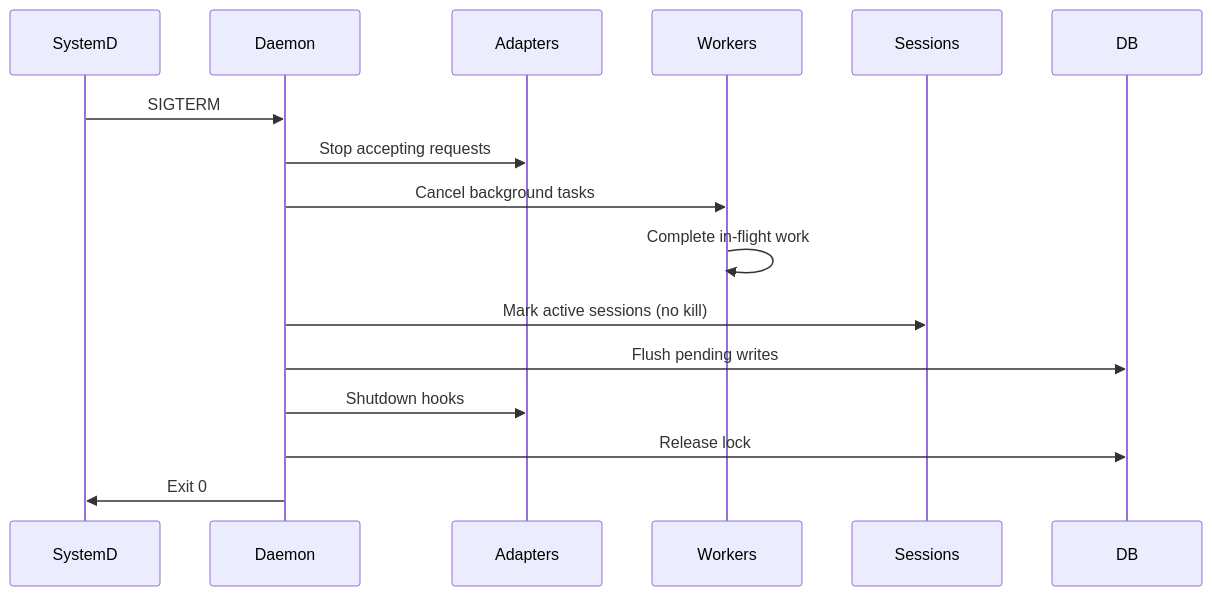
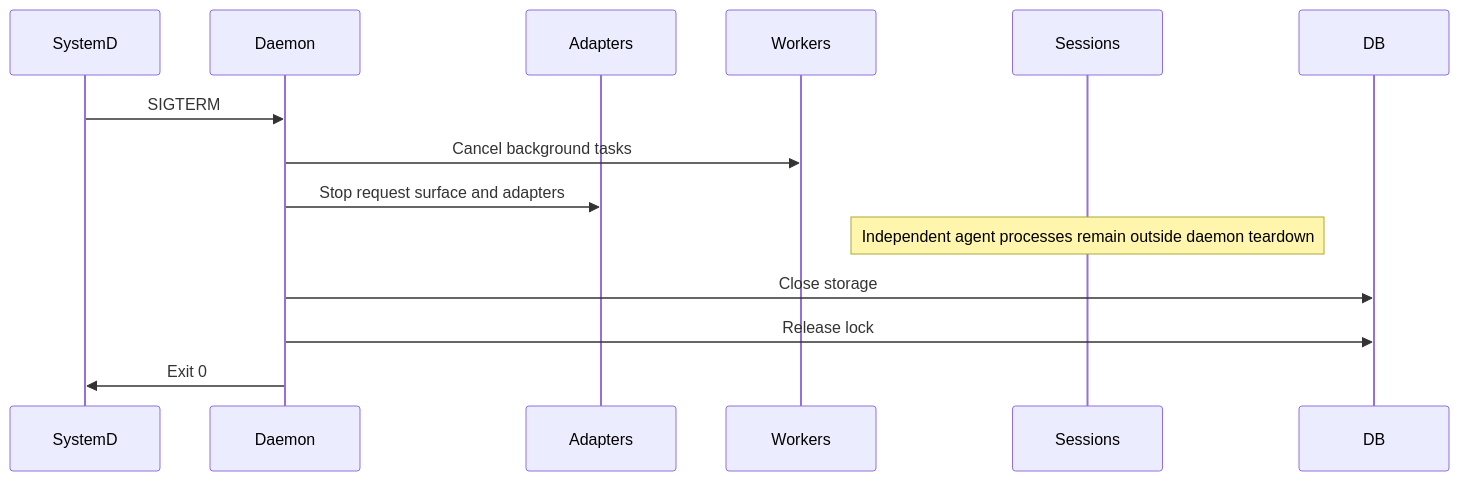
The fourth of 5 diagrams in docs/local/design/architecture/daemon.md (InstruktAI/TeleClaude), drawn with Mermaid before and after one commit. The commit also changed other lines of this file and 4 other files, not shown here.

First line of the commit message:
docs(runtime): define accepted-work settlement before daemon replacement [skip ci]

````diff
--- a/docs/local/design/architecture/daemon.md
+++ b/docs/local/design/architecture/daemon.md
@@ -134,19 +148,17 @@
 ```mermaid
 sequenceDiagram
     participant SystemD
     participant Daemon
     participant Adapters
     participant Workers
     participant Sessions
     participant DB
 
     SystemD->>Daemon: SIGTERM
-    Daemon->>Adapters: Stop accepting requests
     Daemon->>Workers: Cancel background tasks
-    Workers->>Workers: Complete in-flight work
-    Daemon->>Sessions: Mark active sessions (no kill)
-    Daemon->>DB: Flush pending writes
-    Daemon->>Adapters: Shutdown hooks
+    Daemon->>Adapters: Stop request surface and adapters
+    Note over Sessions: Independent agent processes remain outside daemon teardown
+    Daemon->>DB: Close storage
     Daemon->>DB: Release lock
     Daemon->>SystemD: Exit 0
 ```
````
